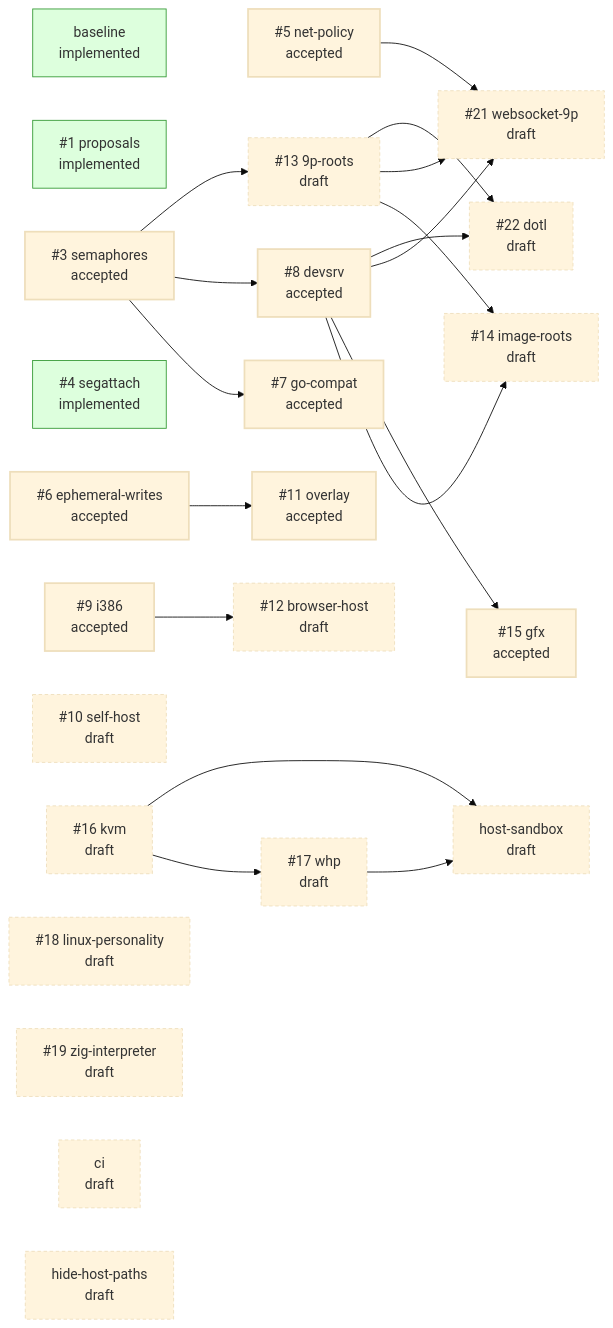
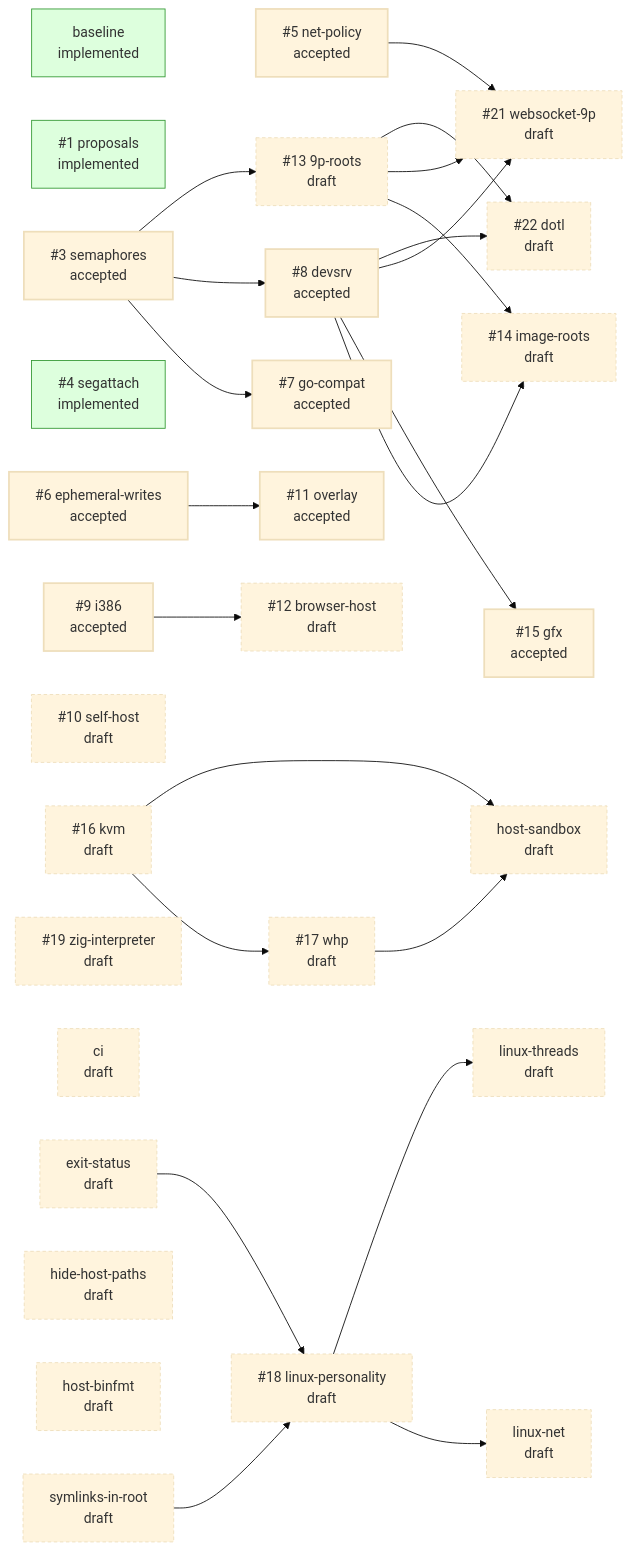
One commit to jpf/hyper9 changed the diagram in README.md. Above: the diagram before and after it, drawn with Mermaid (base theme). The commit also changed other lines of this file and 8 other files, not shown here.

First line of the commit message:
design: split linux-personality; draft exit-status, symlinks-in-root, host-binfmt

````diff
--- a/README.md
+++ b/README.md
@@ -41,47 +46,56 @@
 ```mermaid
 flowchart LR
   classDef draft stroke-dasharray: 4 3
   classDef accepted stroke-width: 2px
   classDef implemented fill:#dfd,stroke:#393
   classDef closed fill:#eee,stroke:#999,color:#777
   p_baseline["baseline<br/>implemented"]:::implemented
   p_proposals["#35;1 proposals<br/>implemented"]:::implemented
   p_semaphores["#35;3 semaphores<br/>accepted"]:::accepted
   p_segattach["#35;4 segattach<br/>implemented"]:::implemented
   p_net_policy["#35;5 net-policy<br/>accepted"]:::accepted
   p_ephemeral_writes["#35;6 ephemeral-writes<br/>accepted"]:::accepted
   p_go_compat["#35;7 go-compat<br/>accepted"]:::accepted
   p_devsrv["#35;8 devsrv<br/>accepted"]:::accepted
   p_i386["#35;9 i386<br/>accepted"]:::accepted
   p_self_host["#35;10 self-host<br/>draft"]:::draft
   p_overlay["#35;11 overlay<br/>accepted"]:::accepted
   p_browser_host["#35;12 browser-host<br/>draft"]:::draft
   p_9p_roots["#35;13 9p-roots<br/>draft"]:::draft
   p_image_roots["#35;14 image-roots<br/>draft"]:::draft
   p_gfx["#35;15 gfx<br/>accepted"]:::accepted
   p_kvm["#35;16 kvm<br/>draft"]:::draft
   p_whp["#35;17 whp<br/>draft"]:::draft
   p_linux_personality["#35;18 linux-personality<br/>draft"]:::draft
   p_zig_interpreter["#35;19 zig-interpreter<br/>draft"]:::draft
   p_websocket_9p["#35;21 websocket-9p<br/>draft"]:::draft
   p_dotl["#35;22 dotl<br/>draft"]:::draft
   p_ci["ci<br/>draft"]:::draft
+  p_exit_status["exit-status<br/>draft"]:::draft
   p_hide_host_paths["hide-host-paths<br/>draft"]:::draft
+  p_host_binfmt["host-binfmt<br/>draft"]:::draft
   p_host_sandbox["host-sandbox<br/>draft"]:::draft
+  p_linux_net["linux-net<br/>draft"]:::draft
+  p_linux_threads["linux-threads<br/>draft"]:::draft
+  p_symlinks_in_root["symlinks-in-root<br/>draft"]:::draft
   p_semaphores --> p_go_compat
   p_semaphores --> p_devsrv
   p_ephemeral_writes --> p_overlay
   p_i386 --> p_browser_host
   p_semaphores --> p_9p_roots
   p_devsrv --> p_image_roots
   p_9p_roots --> p_image_roots
   p_devsrv --> p_gfx
   p_kvm --> p_whp
+  p_symlinks_in_root --> p_linux_personality
+  p_exit_status --> p_linux_personality
   p_net_policy --> p_websocket_9p
   p_devsrv --> p_websocket_9p
   p_9p_roots --> p_websocket_9p
   p_devsrv --> p_dotl
   p_9p_roots --> p_dotl
   p_kvm --> p_host_sandbox
   p_whp --> p_host_sandbox
+  p_linux_personality --> p_linux_net
+  p_linux_personality --> p_linux_threads
 ```
````
